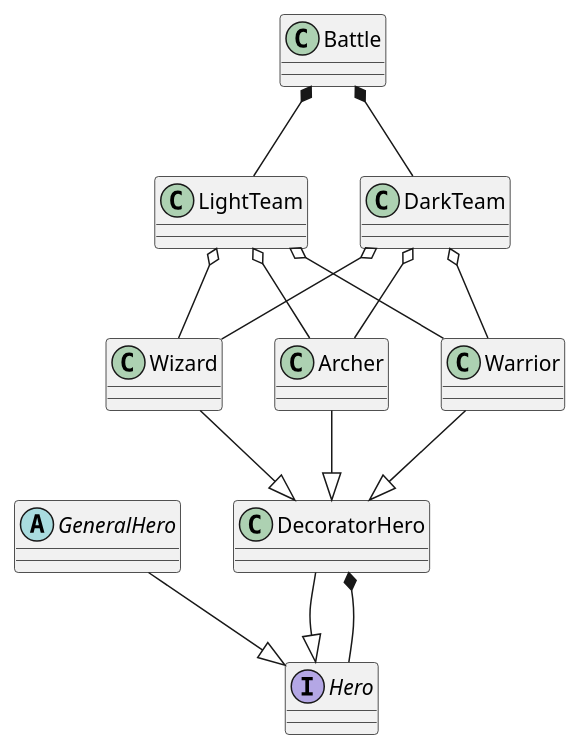
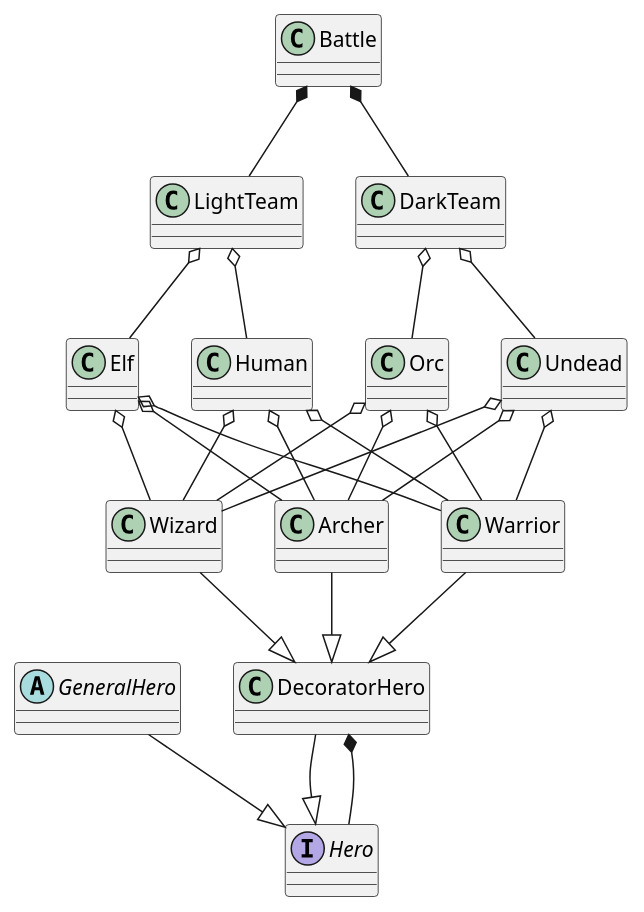
One commit to CyberfuzZ-Apps/Clone_tracker changed the diagram in src/main/java/Heroes.puml. Above: the diagram before and after it, drawn with PlantUML.

Commit message:
Heroes.puml

```diff
--- a/src/main/java/Heroes.puml
+++ b/src/main/java/Heroes.puml
@@ -1,30 +1,44 @@
 @startuml
 'https://plantuml.com/class-diagram
 
 interface Hero
 abstract class GeneralHero
 class DecoratorHero
 class Wizard
 class Archer
 class Warrior
 class LightTeam
 class DarkTeam
 class Battle
+class Elf
+class Human
+class Orc
+class Undead
 
 GeneralHero --|> Hero
 DecoratorHero --|> Hero
 DecoratorHero *-- Hero
 Wizard --|> DecoratorHero
 Archer --|> DecoratorHero
 Warrior --|> DecoratorHero
-DarkTeam o-- Wizard
-DarkTeam o-- Archer
-DarkTeam o-- Warrior
-LightTeam o-- Wizard
-LightTeam o-- Archer
-LightTeam o-- Warrior
+Elf o-- Wizard
+Elf o-- Archer
+Elf o-- Warrior
+Human o-- Wizard
+Human o-- Archer
+Human o-- Warrior
+Orc o-- Wizard
+Orc o-- Archer
+Orc o-- Warrior
+Undead o-- Wizard
+Undead o-- Archer
+Undead o-- Warrior
+LightTeam o-- Elf
+LightTeam o-- Human
+DarkTeam o-- Orc
+DarkTeam o-- Undead
 Battle *-- DarkTeam
 Battle *-- LightTeam
 
 
 @enduml
```
